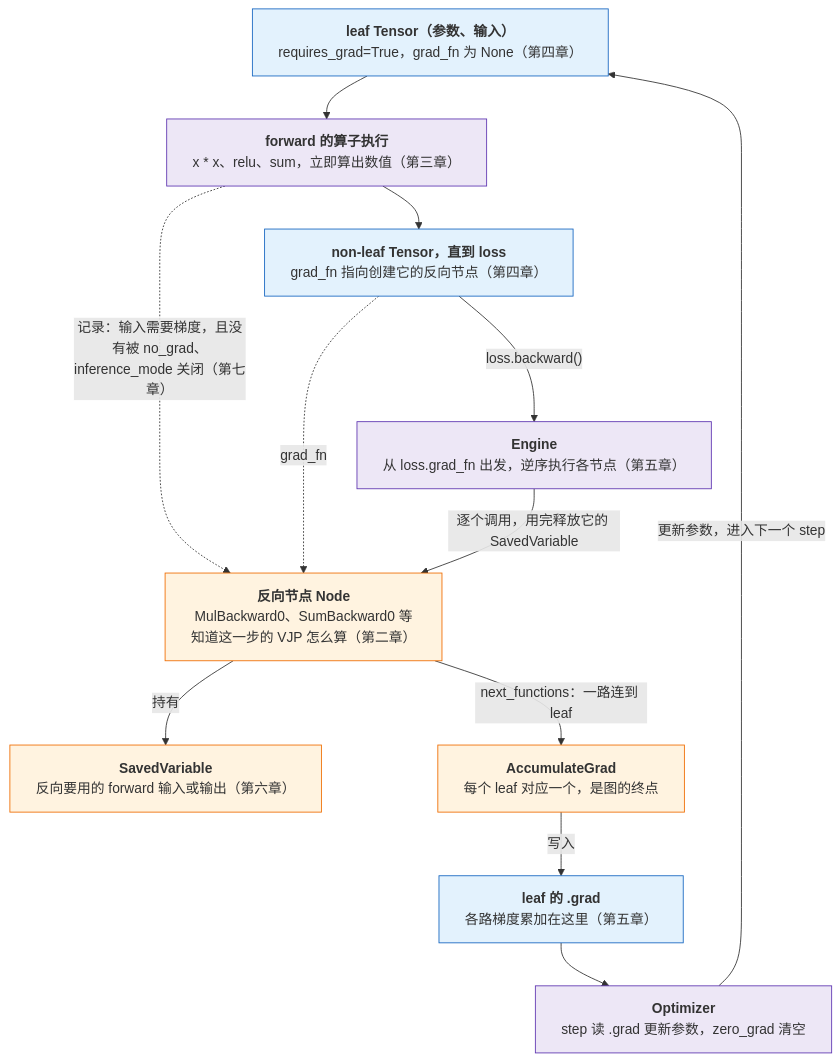
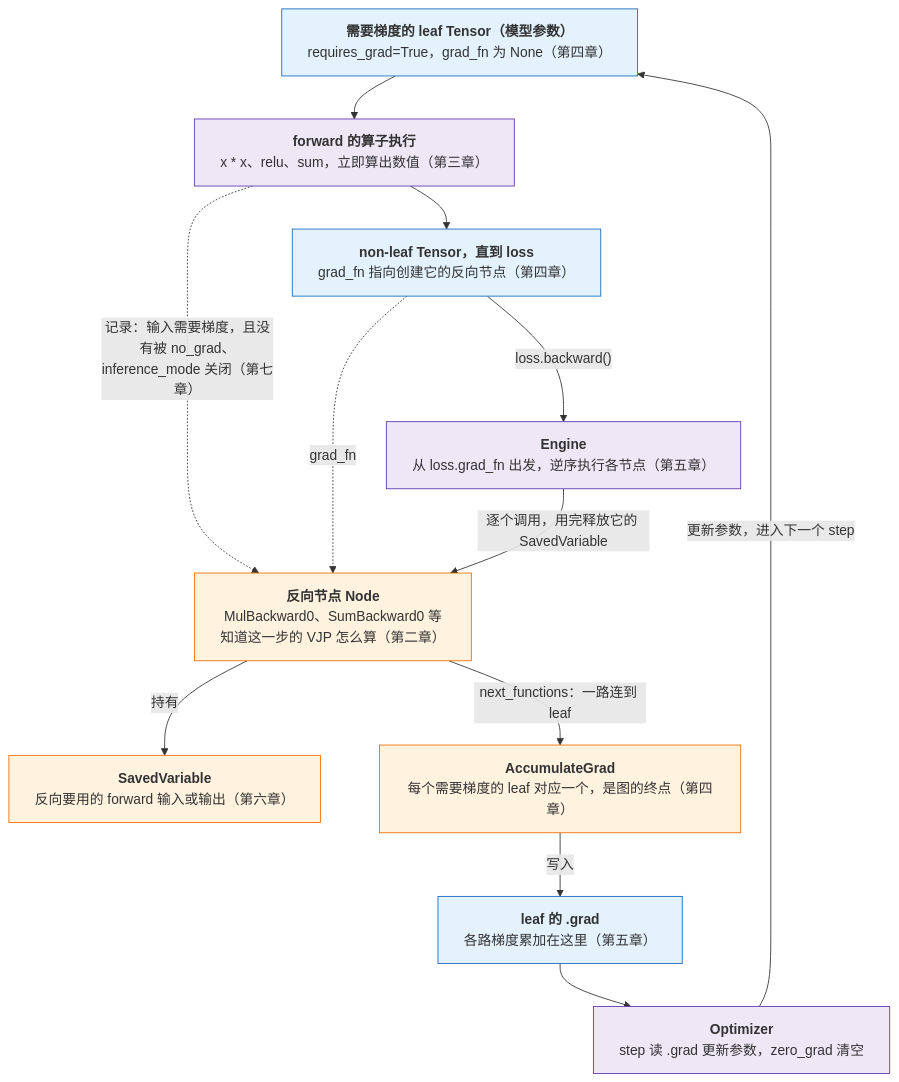
The first of 6 diagrams in _posts/2026-02-19-pytorch-autograd-and-dynamic-computation-graph.md (arganzheng/arganzheng.github.com), drawn with Mermaid before and after one commit. The commit also changed other lines of this file, not shown here.

First line of the commit message:
PyTorch Autograd：按评论修正 leaf Tensor 的定义，补 AccumulateGrad 关系图

````diff
--- a/_posts/2026-02-19-pytorch-autograd-and-dynamic-computation-graph.md
+++ b/_posts/2026-02-19-pytorch-autograd-and-dynamic-computation-graph.md
@@ -49,32 +49,32 @@
 ```mermaid
 %%{init: {"flowchart": {"wrappingWidth": 360}}}%%
 %% 图：一个训练 step 里 Autograd 的对象与流转
 flowchart TB
-    LEAF["<b>leaf Tensor（参数、输入）</b><br/>requires_grad=True，grad_fn 为 None（第四章）"]
+    LEAF["<b>需要梯度的 leaf Tensor（模型参数）</b><br/>requires_grad=True，grad_fn 为 None（第四章）"]
     OP["<b>forward 的算子执行</b><br/>x * x、relu、sum，立即算出数值（第三章）"]
     OUT["<b>non-leaf Tensor，直到 loss</b><br/>grad_fn 指向创建它的反向节点（第四章）"]
     NODE["<b>反向节点 Node</b><br/>MulBackward0、SumBackward0 等<br/>知道这一步的 VJP 怎么算（第二章）"]
     SAVED["<b>SavedVariable</b><br/>反向要用的 forward 输入或输出（第六章）"]
     ENGINE["<b>Engine</b><br/>从 loss.grad_fn 出发，逆序执行各节点（第五章）"]
-    ACC["<b>AccumulateGrad</b><br/>每个 leaf 对应一个，是图的终点"]
+    ACC["<b>AccumulateGrad</b><br/>每个需要梯度的 leaf 对应一个，是图的终点（第四章）"]
     GRAD["<b>leaf 的 .grad</b><br/>各路梯度累加在这里（第五章）"]
     OPT["<b>Optimizer</b><br/>step 读 .grad 更新参数，zero_grad 清空"]
 
     LEAF --> OP --> OUT
     OP -. "记录：输入需要梯度，且没有被 no_grad、inference_mode 关闭（第七章）" .-> NODE
     OUT -. "grad_fn" .-> NODE
     NODE -->|"持有"| SAVED
     OUT -->|"loss.backward()"| ENGINE
     ENGINE -->|"逐个调用，用完释放它的 SavedVariable"| NODE
     NODE -->|"next_functions：一路连到 leaf"| ACC
     ACC -->|"写入"| GRAD
     GRAD --> OPT
     OPT -->|"更新参数，进入下一个 step"| LEAF
 
     classDef tensor fill:#e3f2fd,stroke:#1565c0;
     classDef gradfn fill:#fff3e0,stroke:#ef6c00;
     classDef run fill:#ede7f6,stroke:#5e35b1;
     class LEAF,OUT,GRAD tensor;
     class NODE,SAVED,ACC gradfn;
     class OP,ENGINE,OPT run;
 ```
````
